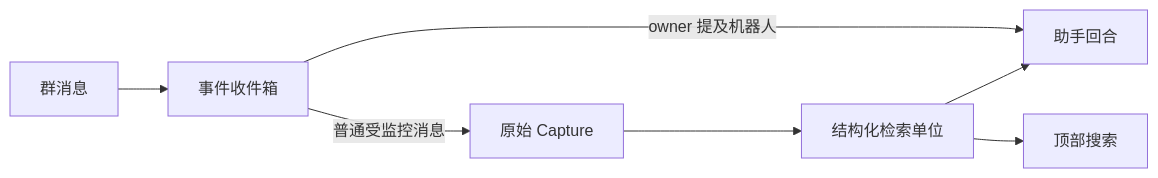
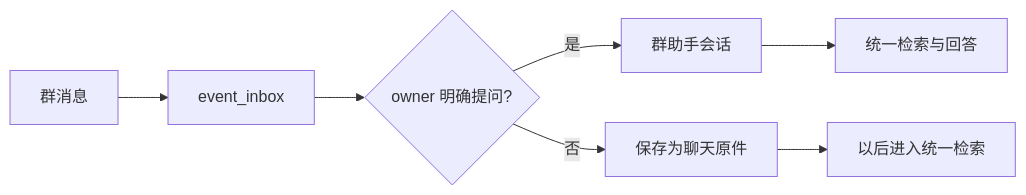
One commit to lejunyang/omem changed the diagram in .repo-review/knowledge/articles/c7ef9ab86227b21952d1f3567bf0ff43a7d5e858dd8fb114a0775b4a78d08de5.md. Above: the diagram before and after it, drawn with Mermaid. The commit also changed other lines of this file and 1 other file, not shown here.

````diff
--- a/.repo-review/knowledge/articles/c7ef9ab86227b21952d1f3567bf0ff43a7d5e858dd8fb114a0775b4a78d08de5.md
+++ b/.repo-review/knowledge/articles/c7ef9ab86227b21952d1f3567bf0ff43a7d5e858dd8fb114a0775b4a78d08de5.md
@@ -14,9 +29,9 @@
 ```mermaid
 flowchart LR
-  A[群消息] --> B[事件收件箱]
-  B -->|owner 提及机器人| C[助手回合]
-  B -->|普通受监控消息| D[原始 Capture]
-  D --> E[结构化检索单位]
-  E --> F[顶部搜索]
-  E --> C
+  A[群消息] --> B[event_inbox]
+  B --> C{owner 明确提问?}
+  C -->|是| D[群助手会话]
+  C -->|否| E[保存为聊天原件]
+  D --> F[统一检索与回答]
+  E --> G[以后进入统一检索]
 ```
````
